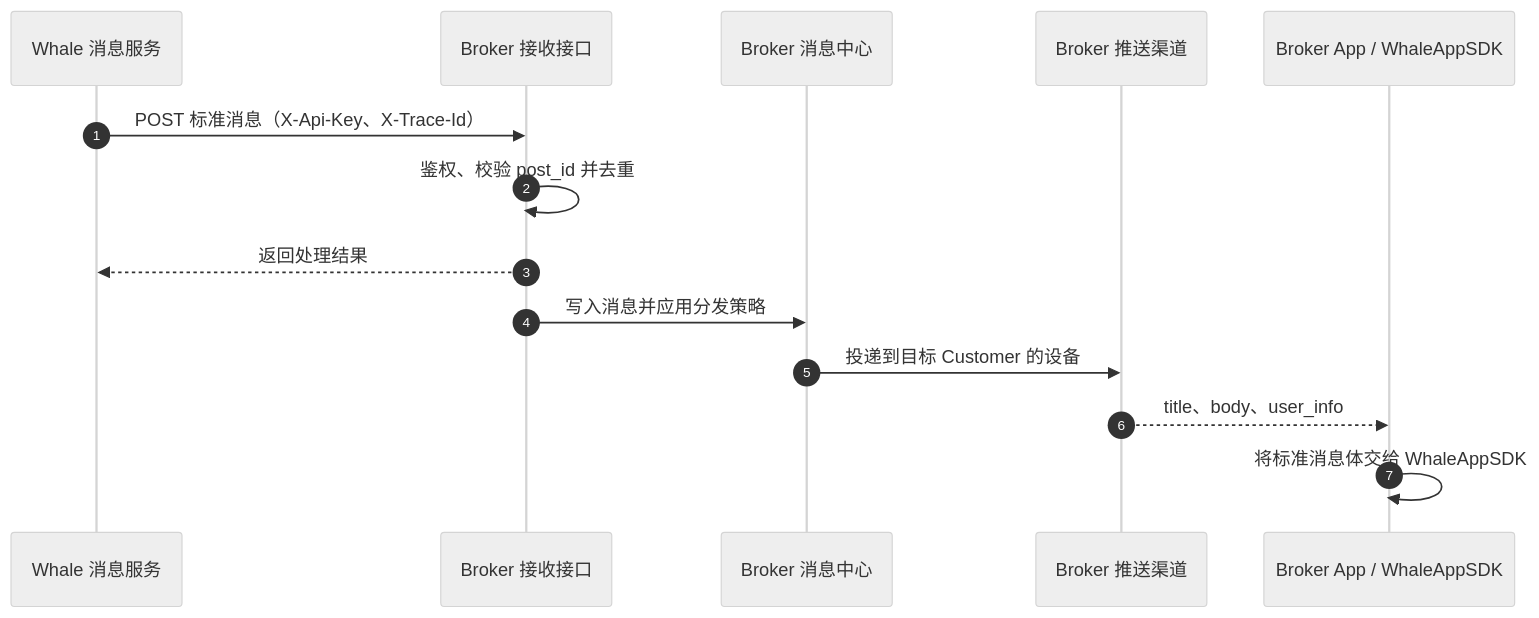
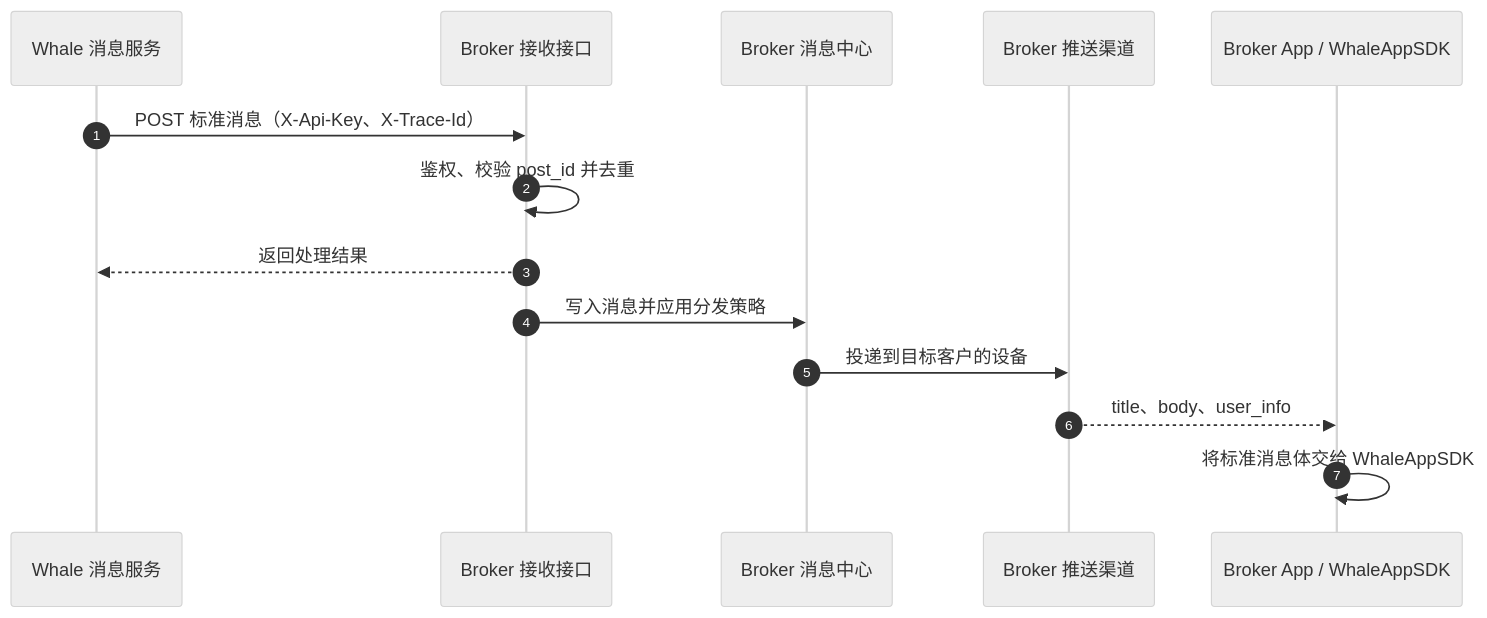
The second of 2 diagrams in docs/zh-CN/docs/message-push.mdx (longbridge/whale-docs), drawn with Mermaid (neutral theme) before and after one commit. The commit also changed other lines of this file and 72 other files, not shown here.

````diff
--- a/docs/zh-CN/docs/message-push.mdx
+++ b/docs/zh-CN/docs/message-push.mdx
@@ -92,17 +92,17 @@
 ```mermaid
 sequenceDiagram
     autonumber
     participant Whale as Whale 消息服务
     participant Endpoint as Broker 接收接口
     participant Center as Broker 消息中心
     participant Channel as Broker 推送渠道
     participant App as Broker App / WhaleAppSDK
 
     Whale->>Endpoint: POST 标准消息（X-Api-Key、X-Trace-Id）
     Endpoint->>Endpoint: 鉴权、校验 post_id 并去重
     Endpoint-->>Whale: 返回处理结果
     Endpoint->>Center: 写入消息并应用分发策略
-    Center->>Channel: 投递到目标 Customer 的设备
+    Center->>Channel: 投递到目标客户的设备
     Channel-->>App: title、body、user_info
     App->>App: 将标准消息体交给 WhaleAppSDK
 ```
````
